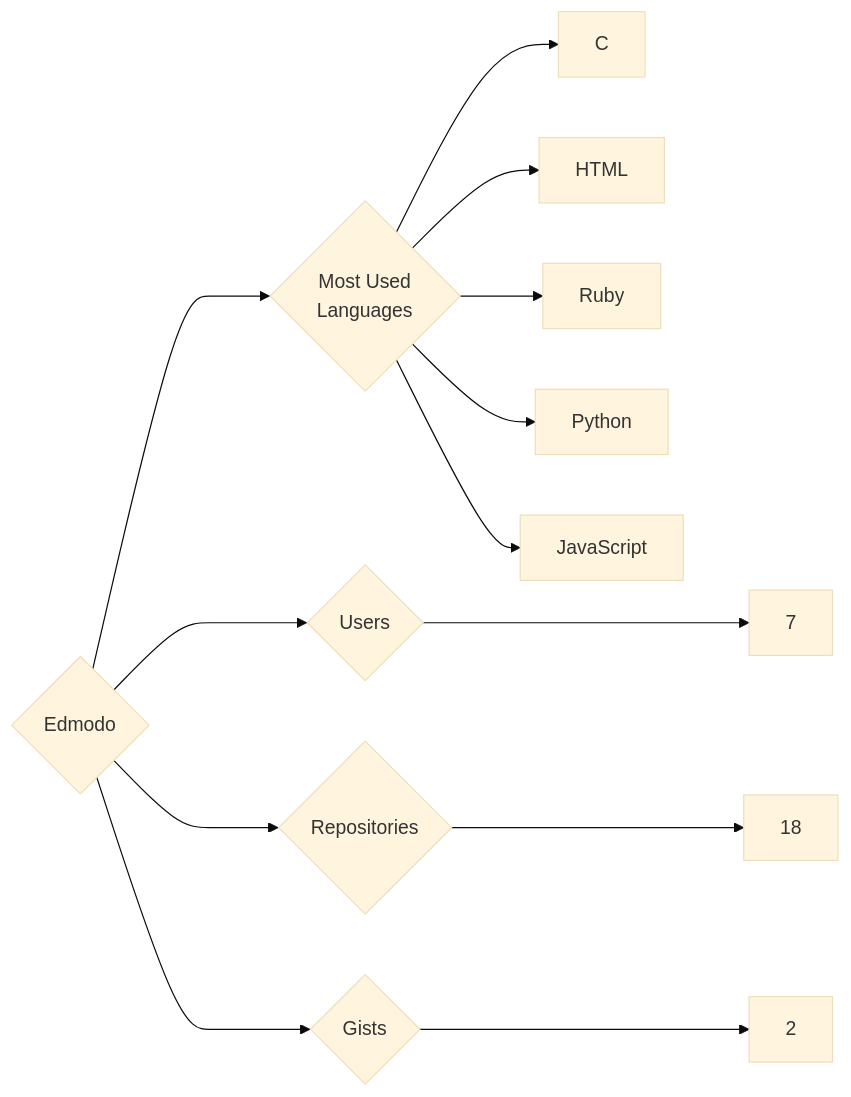
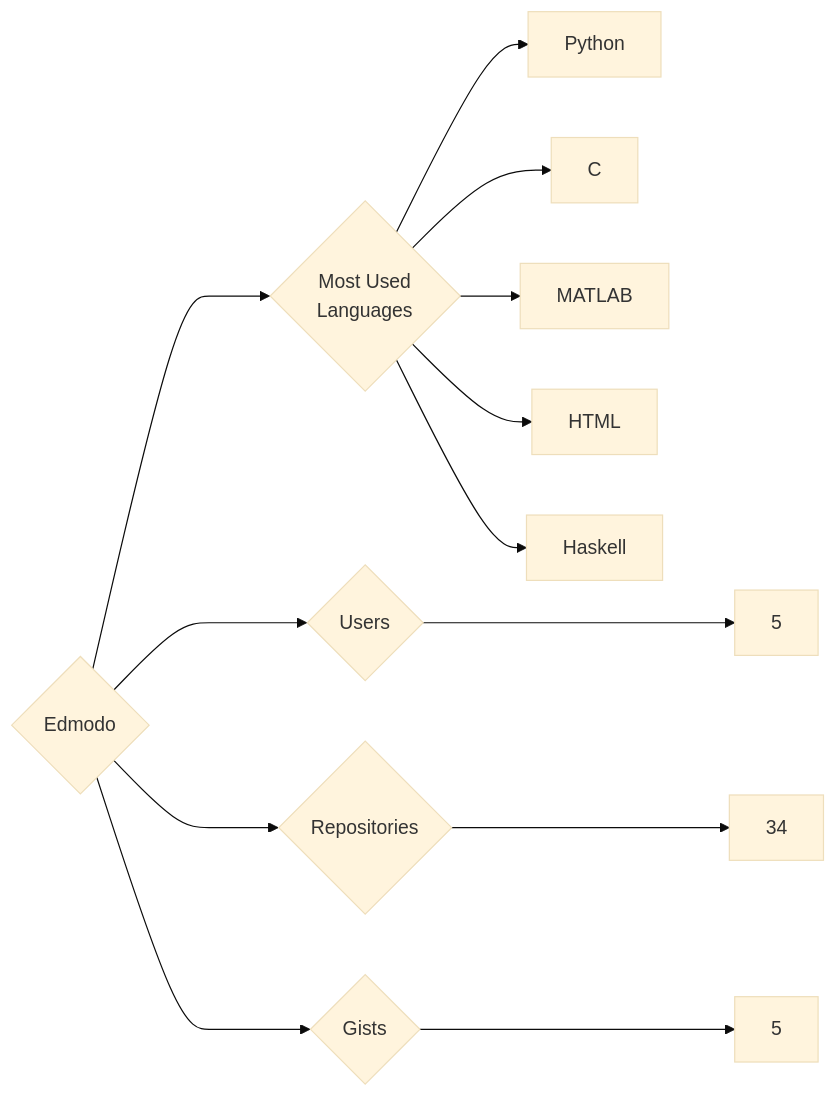
Before and after one commit to trickest/insiders: the diagram in targets/Edmodo/README.md, drawn with Mermaid (base theme). The commit also changed 749 other files, not shown here.

````diff
--- a/targets/Edmodo/README.md
+++ b/targets/Edmodo/README.md
@@ -3,13 +3,13 @@
 ```mermaid
 graph LR
 COMPANY_NAME{Edmodo}
-COMPANY_NAME ---> U{Users} ---> UN[7]
-COMPANY_NAME ---> R{Repositories} ---> RN[18]
-COMPANY_NAME ---> G{Gists} ---> GN[2]
+COMPANY_NAME ---> U{Users} ---> UN[5]
+COMPANY_NAME ---> R{Repositories} ---> RN[34]
+COMPANY_NAME ---> G{Gists} ---> GN[5]
 COMPANY_NAME ---> ML{Most Used<br>Languages}
+ML --> Python[Python]
 ML --> C[C]
+ML --> MATLAB[MATLAB]
 ML --> HTML[HTML]
-ML --> Ruby[Ruby]
-ML --> Python[Python]
-ML --> JavaScript[JavaScript]
+ML --> Haskell[Haskell]
 ```
````
